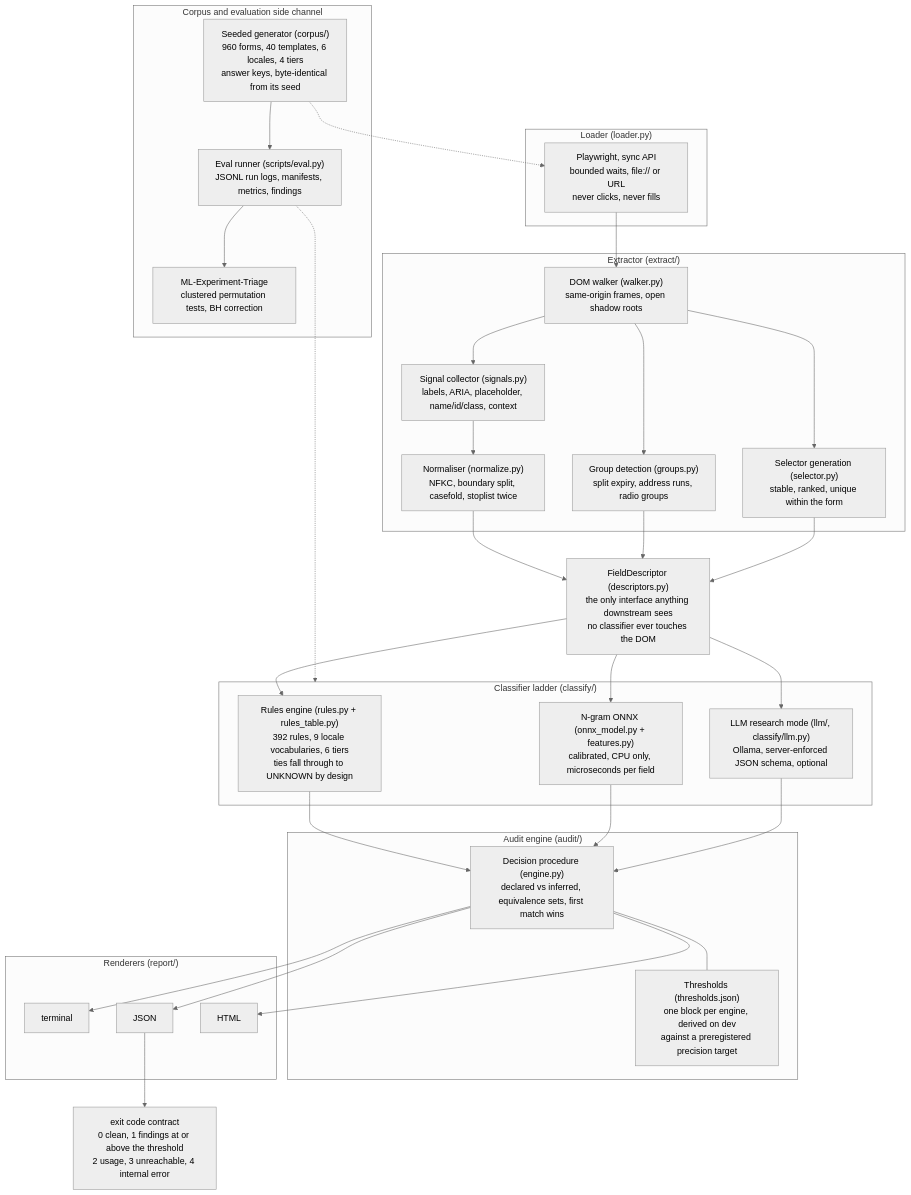
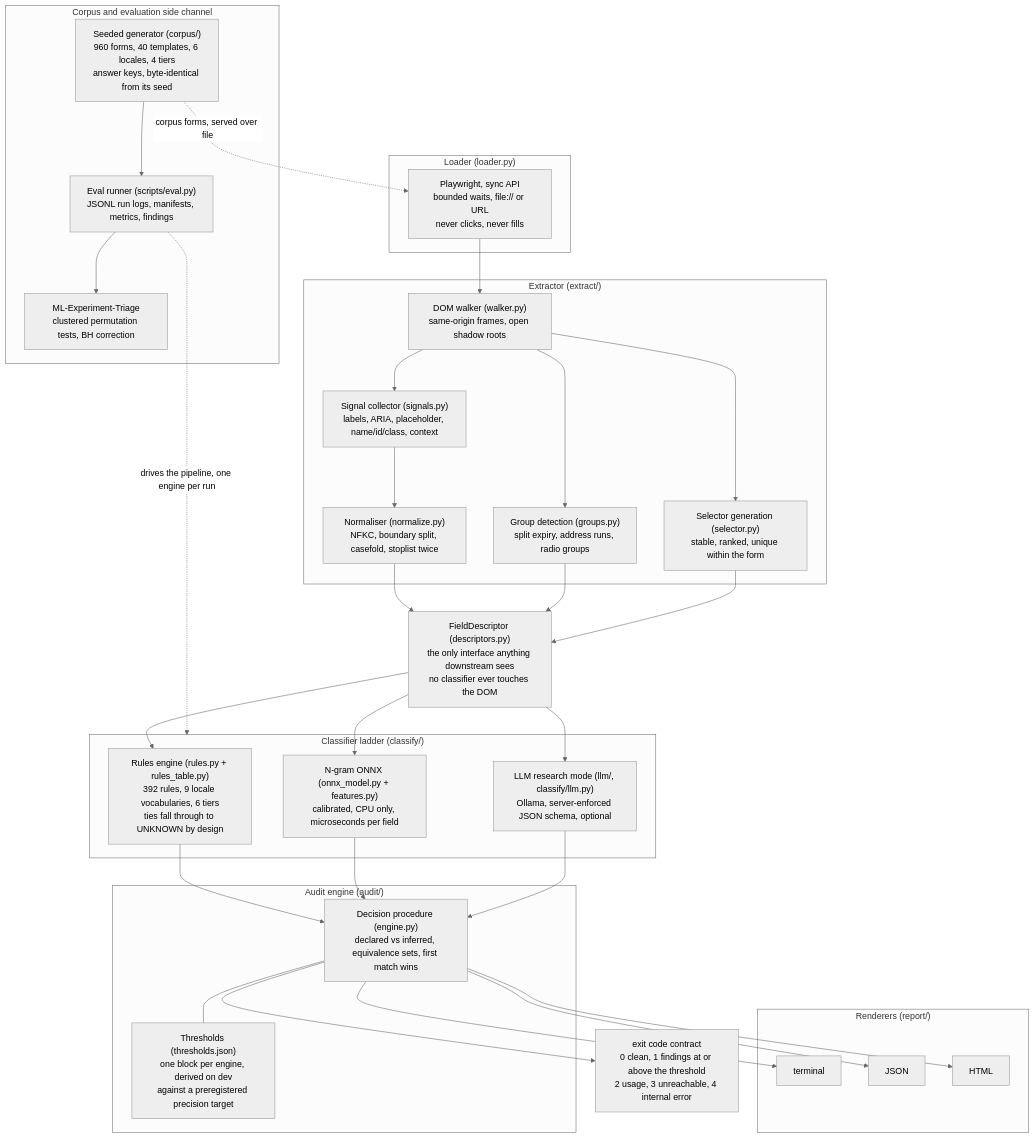
One commit to Olajide-Badejo/Autofill_audit changed the diagram in README.md. Above: the diagram before and after it, drawn with Mermaid (neutral theme). The commit also changed other lines of this file and 30 other files, not shown here.

````diff
--- a/README.md
+++ b/README.md
@@ -123,54 +97,54 @@
 ```mermaid
 flowchart TD
     subgraph load["Loader (loader.py)"]
         L["Playwright, sync API<br/>bounded waits, file:// or URL<br/>never clicks, never fills"]
     end
     subgraph extract["Extractor (extract/)"]
         W["DOM walker (walker.py)<br/>same-origin frames, open shadow roots"]
         S["Signal collector (signals.py)<br/>labels, ARIA, placeholder, name/id/class, context"]
         N["Normaliser (normalize.py)<br/>NFKC, boundary split, casefold, stoplist twice"]
         G["Group detection (groups.py)<br/>split expiry, address runs, radio groups"]
         SEL["Selector generation (selector.py)<br/>stable, ranked, unique within the form"]
         W --> S --> N
         W --> G
         W --> SEL
     end
     FD["FieldDescriptor (descriptors.py)<br/>the only interface anything downstream sees<br/>no classifier ever touches the DOM"]
     subgraph classify["Classifier ladder (classify/)"]
         RU["Rules engine (rules.py + rules_table.py)<br/>392 rules, 9 locale vocabularies, 6 tiers<br/>ties fall through to UNKNOWN by design"]
         NG["N-gram ONNX (onnx_model.py + features.py)<br/>calibrated, CPU only, microseconds per field"]
         LL["LLM research mode (llm/, classify/llm.py)<br/>Ollama, server-enforced JSON schema, optional"]
     end
     subgraph audit["Audit engine (audit/)"]
         DP["Decision procedure (engine.py)<br/>declared vs inferred, equivalence sets, first match wins"]
         TH["Thresholds (thresholds.json)<br/>one block per engine, derived on dev<br/>against a preregistered precision target"]
         DP --- TH
     end
     subgraph report["Renderers (report/)"]
         T["terminal"]
         JS["JSON"]
         H["HTML"]
     end
     subgraph corpus["Corpus and evaluation side channel"]
         GEN["Seeded generator (corpus/)<br/>960 forms, 40 templates, 6 locales, 4 tiers<br/>answer keys, byte-identical from its seed"]
         EV["Eval runner (scripts/eval.py)<br/>JSONL run logs, manifests, metrics, findings"]
         TR["ML-Experiment-Triage<br/>clustered permutation tests, BH correction"]
         GEN --> EV --> TR
     end
     L --> W
     N --> FD
     G --> FD
     SEL --> FD
     FD --> RU
     FD --> NG
     FD --> LL
     RU --> DP
     NG --> DP
     LL --> DP
     DP --> T
     DP --> JS
     DP --> H
-    JS --> X["exit code contract<br/>0 clean, 1 findings at or above the threshold<br/>2 usage, 3 unreachable, 4 internal error"]
-    GEN -.-> L
-    EV -.-> classify
+    DP --> X["exit code contract<br/>0 clean, 1 findings at or above the threshold<br/>2 usage, 3 unreachable, 4 internal error"]
+    GEN -.->|corpus forms, served over file| L
+    EV -.->|drives the pipeline, one engine per run| classify
 ```
````
